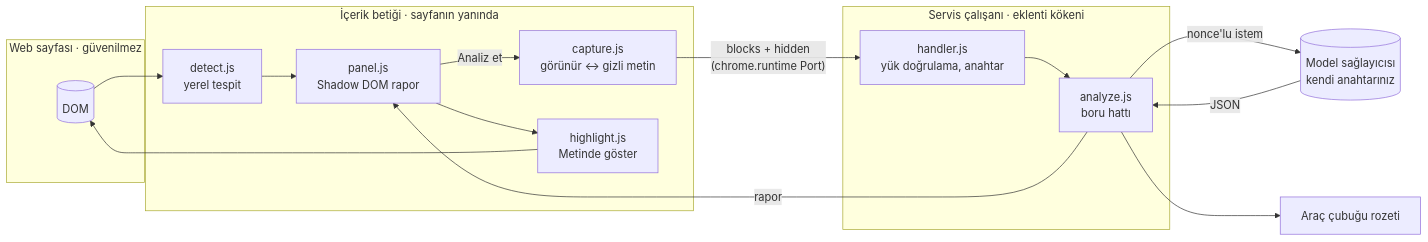
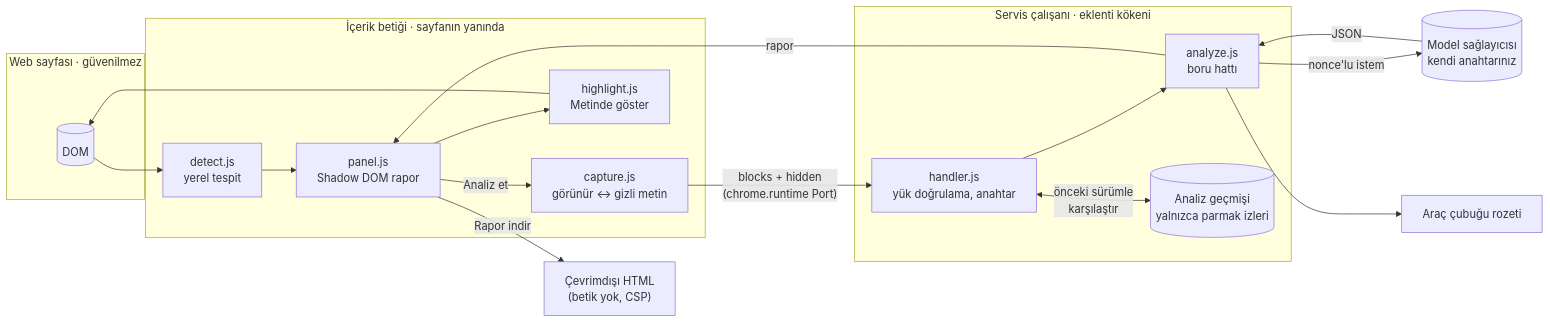
The diagram in README.md (bgelegen/kucuk-punto), drawn with Mermaid before and after one commit. The commit also changed other lines of this file and 46 other files, not shown here.

````diff
--- a/README.md
+++ b/README.md
@@ -71,26 +96,29 @@
 ```mermaid
 flowchart LR
   subgraph P["Web sayfası · güvenilmez"]
     DOM[(DOM)]
   end
   subgraph C["İçerik betiği · sayfanın yanında"]
     D["detect.js<br/>yerel tespit"]
     K["capture.js<br/>görünür ↔ gizli metin"]
     U["panel.js<br/>Shadow DOM rapor"]
     HL["highlight.js<br/>Metinde göster"]
   end
   subgraph S["Servis çalışanı · eklenti kökeni"]
     H["handler.js<br/>yük doğrulama, anahtar"]
     A["analyze.js<br/>boru hattı"]
+    HS[("Analiz geçmişi<br/>yalnızca parmak izleri")]
   end
   M[("Model sağlayıcısı<br/>kendi anahtarınız")]
   B["Araç çubuğu rozeti"]
   DOM --> D --> U
   U -- "Analiz et" --> K
   K -- "blocks + hidden<br/>(chrome.runtime Port)" --> H --> A
   A -- "nonce'lu istem" --> M
   M -- "JSON" --> A
   A -- "rapor" --> U
   A --> B
+  H <-- "önceki sürümle<br/>karşılaştır" --> HS
   U --> HL --> DOM
+  U -- "Rapor indir" --> F["Çevrimdışı HTML<br/>(betik yok, CSP)"]
 ```
````
